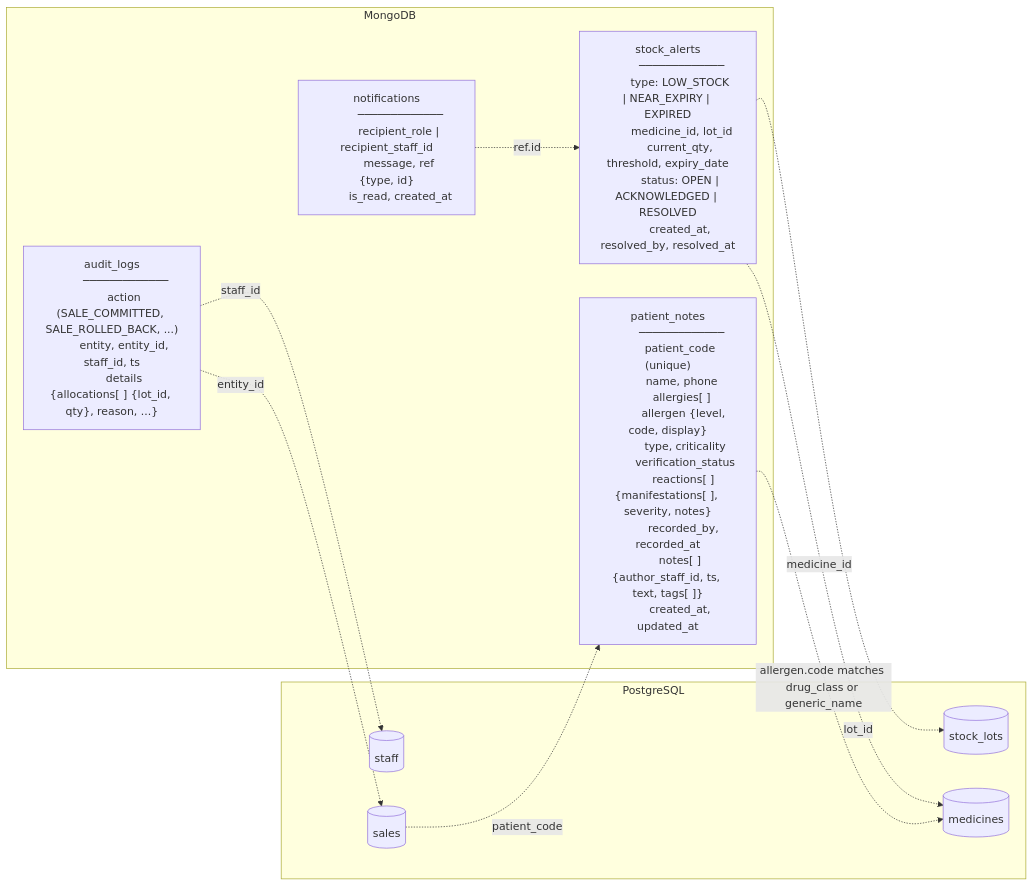
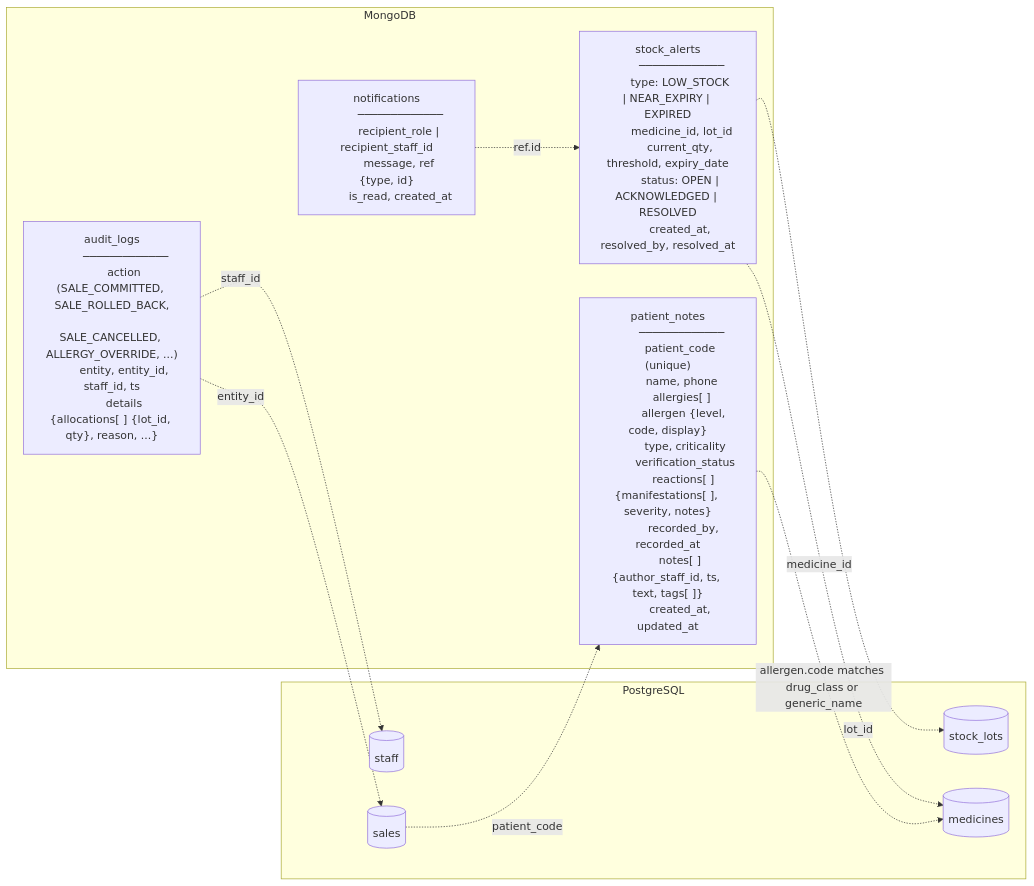
Before and after one commit to PiyapongAusawarachan/Pharmacy-Inventory: the diagram in docs/diagrams/nosql-schema.md, drawn with Mermaid. The commit also changed other lines of this file and 97 other files, not shown here.

````diff
--- a/docs/diagrams/nosql-schema.md
+++ b/docs/diagrams/nosql-schema.md
@@ -5,52 +5,53 @@
 ```mermaid
 flowchart LR
     subgraph SQL["PostgreSQL"]
         MED[(medicines)]
         LOT[(stock_lots)]
         SAL[(sales)]
         STF[(staff)]
     end
 
     subgraph MONGO["MongoDB"]
         PN["patient_notes
         ─────────────
         patient_code (unique)
         name, phone
         allergies[ ]
           allergen {level, code, display}
           type, criticality
           verification_status
           reactions[ ] {manifestations[ ], severity, notes}
           recorded_by, recorded_at
         notes[ ] {author_staff_id, ts, text, tags[ ]}
         created_at, updated_at"]
 
         SA["stock_alerts
         ─────────────
         type: LOW_STOCK | NEAR_EXPIRY | EXPIRED
         medicine_id, lot_id
         current_qty, threshold, expiry_date
         status: OPEN | ACKNOWLEDGED | RESOLVED
         created_at, resolved_by, resolved_at"]
 
         AL["audit_logs
         ─────────────
-        action (SALE_COMMITTED, SALE_ROLLED_BACK, ...)
+        action (SALE_COMMITTED, SALE_ROLLED_BACK,
+                SALE_CANCELLED, ALLERGY_OVERRIDE, ...)
         entity, entity_id, staff_id, ts
         details {allocations[ ] {lot_id, qty}, reason, ...}"]
 
         NO["notifications
         ─────────────
         recipient_role | recipient_staff_id
         message, ref {type, id}
         is_read, created_at"]
     end
 
     SAL -.->|patient_code| PN
     PN -.->|allergen.code matches drug_class or generic_name| MED
     SA -.->|medicine_id| MED
     SA -.->|lot_id| LOT
     AL -.->|entity_id| SAL
     AL -.->|staff_id| STF
     NO -.->|ref.id| SA
 ```
````
